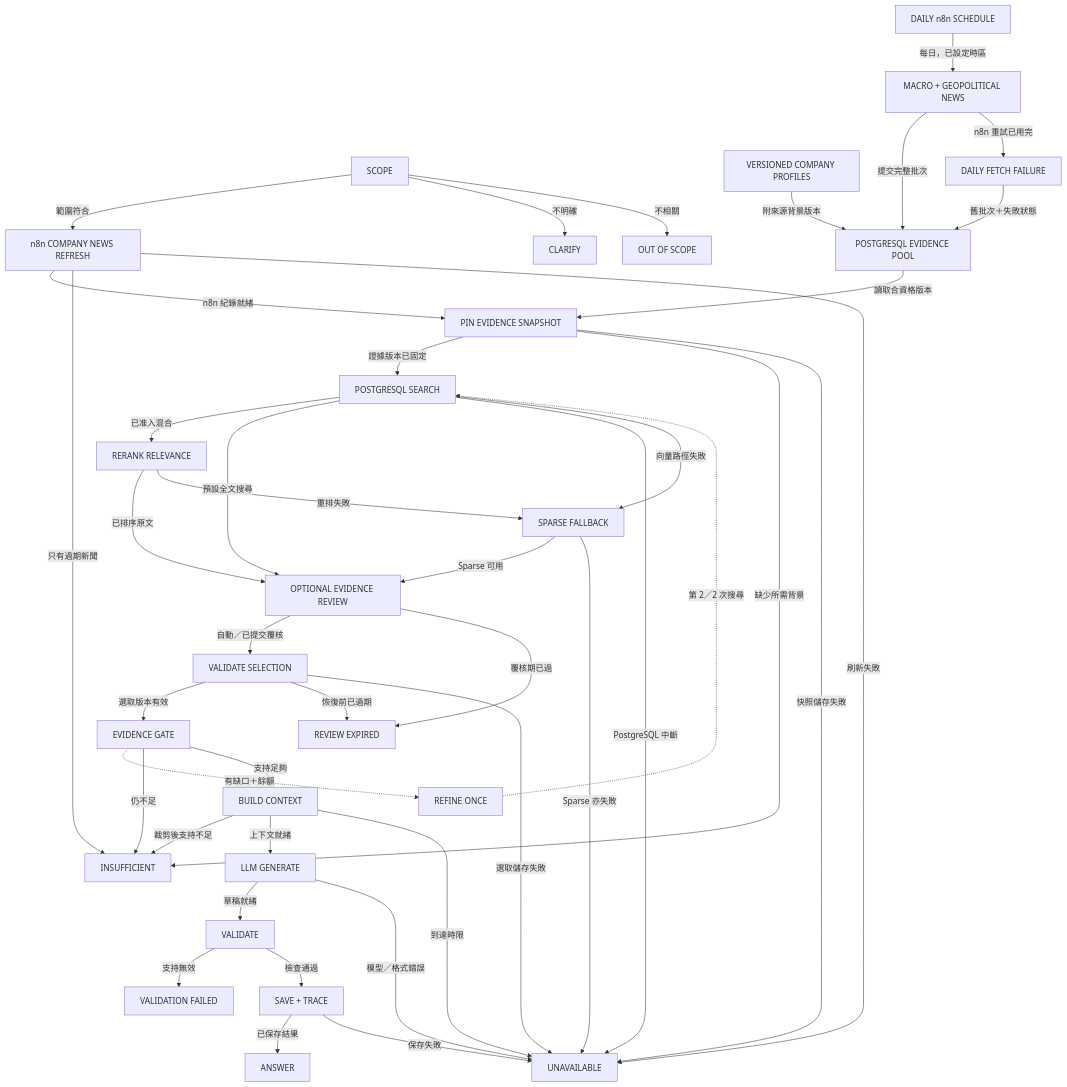
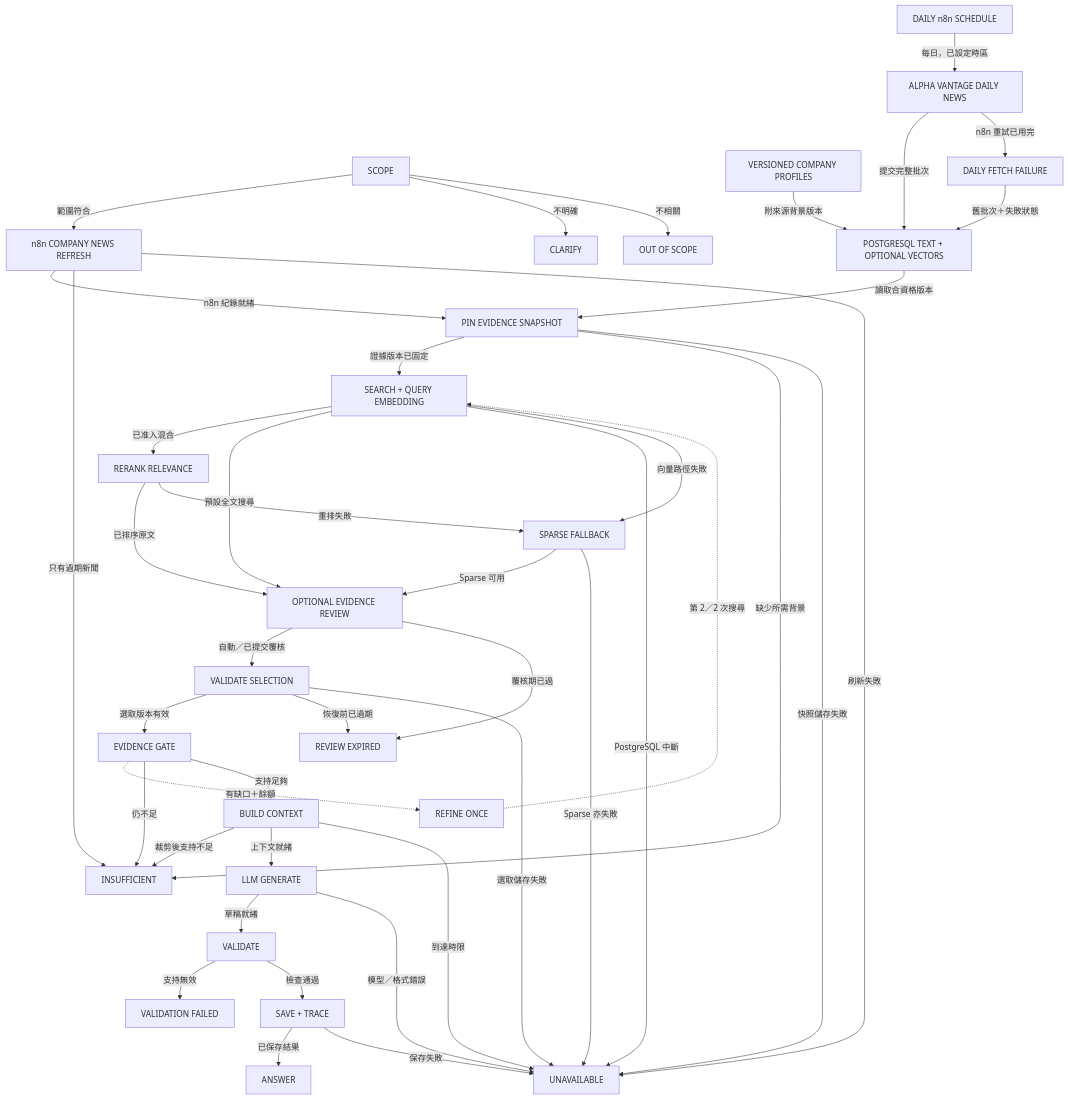
Before and after one commit to ByronHo68/ai-learning-academy: the diagram in public/downloads/finance-diagrams/overall-zh.mmd, drawn with Mermaid. The commit also changed 58 other files, not shown here.

Commit message:
Specify Alpha Vantage daily news, embedding stages and user evidence order

```diff
--- a/public/downloads/finance-diagrams/overall-zh.mmd
+++ b/public/downloads/finance-diagrams/overall-zh.mmd
@@ -1,68 +1,68 @@
 flowchart TD
   n0["SCOPE"]
   n1["n8n COMPANY NEWS REFRESH"]
   n2["PIN EVIDENCE SNAPSHOT"]
-  n3["POSTGRESQL SEARCH"]
+  n3["SEARCH + QUERY EMBEDDING"]
   n4["RERANK RELEVANCE"]
   n5["SPARSE FALLBACK"]
   n6["OPTIONAL EVIDENCE REVIEW"]
   n7["VALIDATE SELECTION"]
   n8["REVIEW EXPIRED"]
   n9["EVIDENCE GATE"]
   n10["REFINE ONCE"]
   n11["BUILD CONTEXT"]
   n12["LLM GENERATE"]
   n13["VALIDATE"]
   n14["SAVE + TRACE"]
   n15["ANSWER"]
   n16["INSUFFICIENT"]
   n17["OUT OF SCOPE"]
   n18["CLARIFY"]
   n19["UNAVAILABLE"]
   n20["VALIDATION FAILED"]
   n21["DAILY n8n SCHEDULE"]
-  n22["MACRO + GEOPOLITICAL NEWS"]
+  n22["ALPHA VANTAGE DAILY NEWS"]
   n23["VERSIONED COMPANY PROFILES"]
-  n24["POSTGRESQL EVIDENCE POOL"]
+  n24["POSTGRESQL TEXT + OPTIONAL VECTORS"]
   n25["DAILY FETCH FAILURE"]
   n0 -- "範圍符合" --> n1
   n0 -- "不明確" --> n18
   n0 -- "不相關" --> n17
   n1 -- "n8n 紀錄就緒" --> n2
   n2 -- "證據版本已固定" --> n3
   n2 -- "缺少所需背景" --> n16
   n2 -- "快照儲存失敗" --> n19
   n1 -- "只有過期新聞" --> n16
   n1 -- "刷新失敗" --> n19
   n3 -- "已准入混合" --> n4
   n3 -- "預設全文搜尋" --> n6
   n3 -- "PostgreSQL 中斷" --> n19
   n3 -- "向量路徑失敗" --> n5
   n4 -- "已排序原文" --> n6
   n4 -- "重排失敗" --> n5
   n5 -- "Sparse 可用" --> n6
   n5 -- "Sparse 亦失敗" --> n19
   n6 -- "自動／已提交覆核" --> n7
   n6 -- "覆核期已過" --> n8
   n7 -- "選取版本有效" --> n9
   n7 -- "恢復前已過期" --> n8
   n7 -- "選取儲存失敗" --> n19
   n9 -. "有缺口＋餘額" .-> n10
   n10 -. "第 2／2 次搜尋" .-> n3
   n9 -- "仍不足" --> n16
   n9 -- "支持足夠" --> n11
   n11 -- "裁剪後支持不足" --> n16
   n11 -- "上下文就緒" --> n12
   n11 -- "到達時限" --> n19
   n12 -- "草稿就緒" --> n13
   n12 -- "模型／格式錯誤" --> n19
   n13 -- "支持無效" --> n20
   n13 -- "檢查通過" --> n14
   n14 -- "已保存結果" --> n15
   n14 -- "保存失敗" --> n19
   n21 -- "每日，已設定時區" --> n22
   n22 -- "提交完整批次" --> n24
   n22 -- "n8n 重試已用完" --> n25
   n25 -- "舊批次＋失敗狀態" --> n24
   n23 -- "附來源背景版本" --> n24
   n24 -- "讀取合資格版本" --> n2
```
